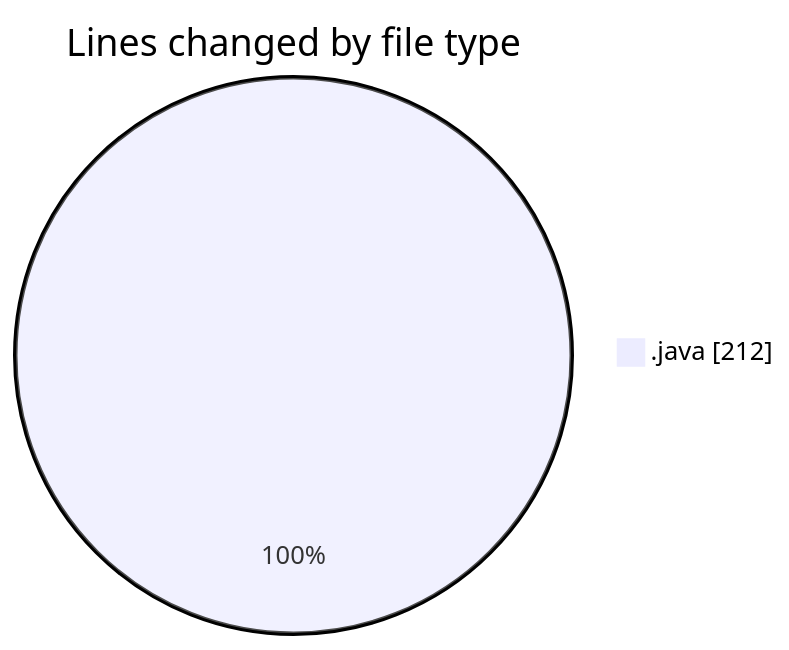
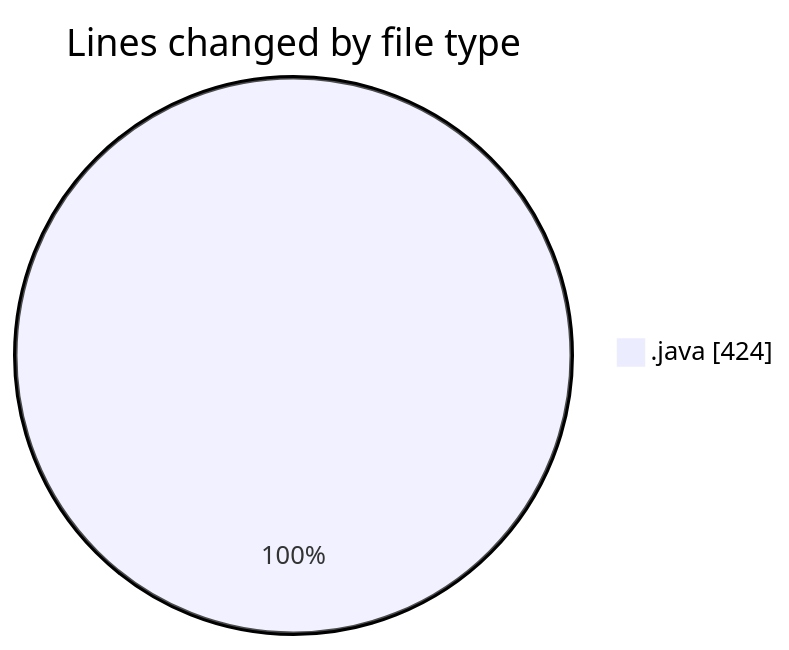
Before and after one commit to charlie-sans/code-tracking: the first of 2 diagrams in 2025-02-24/konsole/README.md, drawn with Mermaid. The commit also changed other lines of this file and 1 other file, not shown here.

````diff
--- a/2025-02-24/konsole/README.md
+++ b/2025-02-24/konsole/README.md
@@ -20,5 +20,5 @@
 ```mermaid
 pie showData
 title Lines changed by file type
-".java" : 212
+".java" : 424
 ```
````
